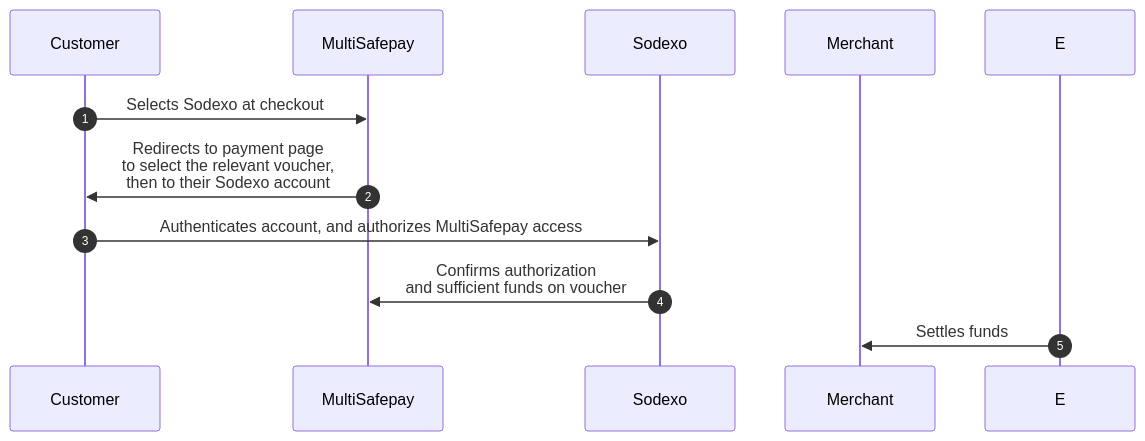
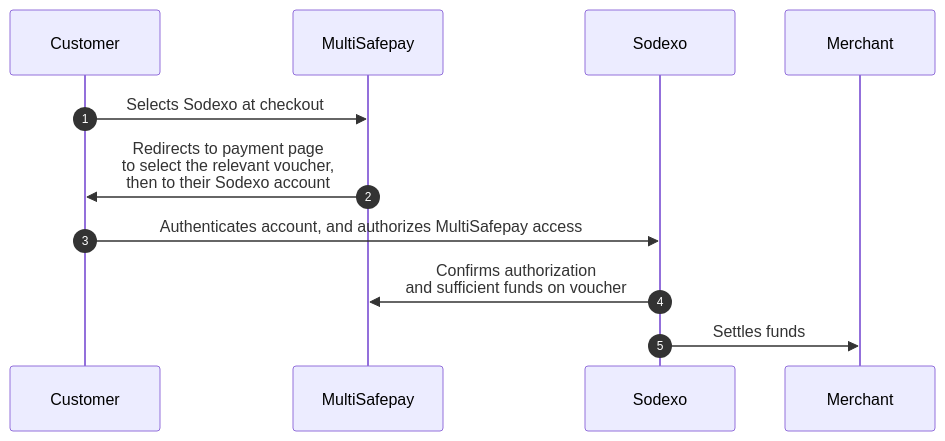
Before and after one commit to MultiSafepay/docs: the diagram in static/diagrams/src/sodexo-payment-flow.mmd, drawn with Mermaid.

Commit message:
DOCS-3784:Update Sodexo diagram

```diff
--- a/static/diagrams/src/sodexo-payment-flow.mmd
+++ b/static/diagrams/src/sodexo-payment-flow.mmd
@@ -1,12 +1,12 @@
 sequenceDiagram
     autonumber
     participant C as Customer
     participant Mu as MultiSafepay
     participant S as Sodexo
     participant Me as Merchant
 
     C->>Mu: Selects Sodexo at checkout
     Mu->>C: Redirects to payment page <br> to select the relevant voucher, <br> then to their Sodexo account
     C->>S: Authenticates account, and authorizes MultiSafepay access
     S->>Mu: Confirms authorization <br> and sufficient funds on voucher
-    E->>Me: Settles funds
+    S->>Me: Settles funds
```
